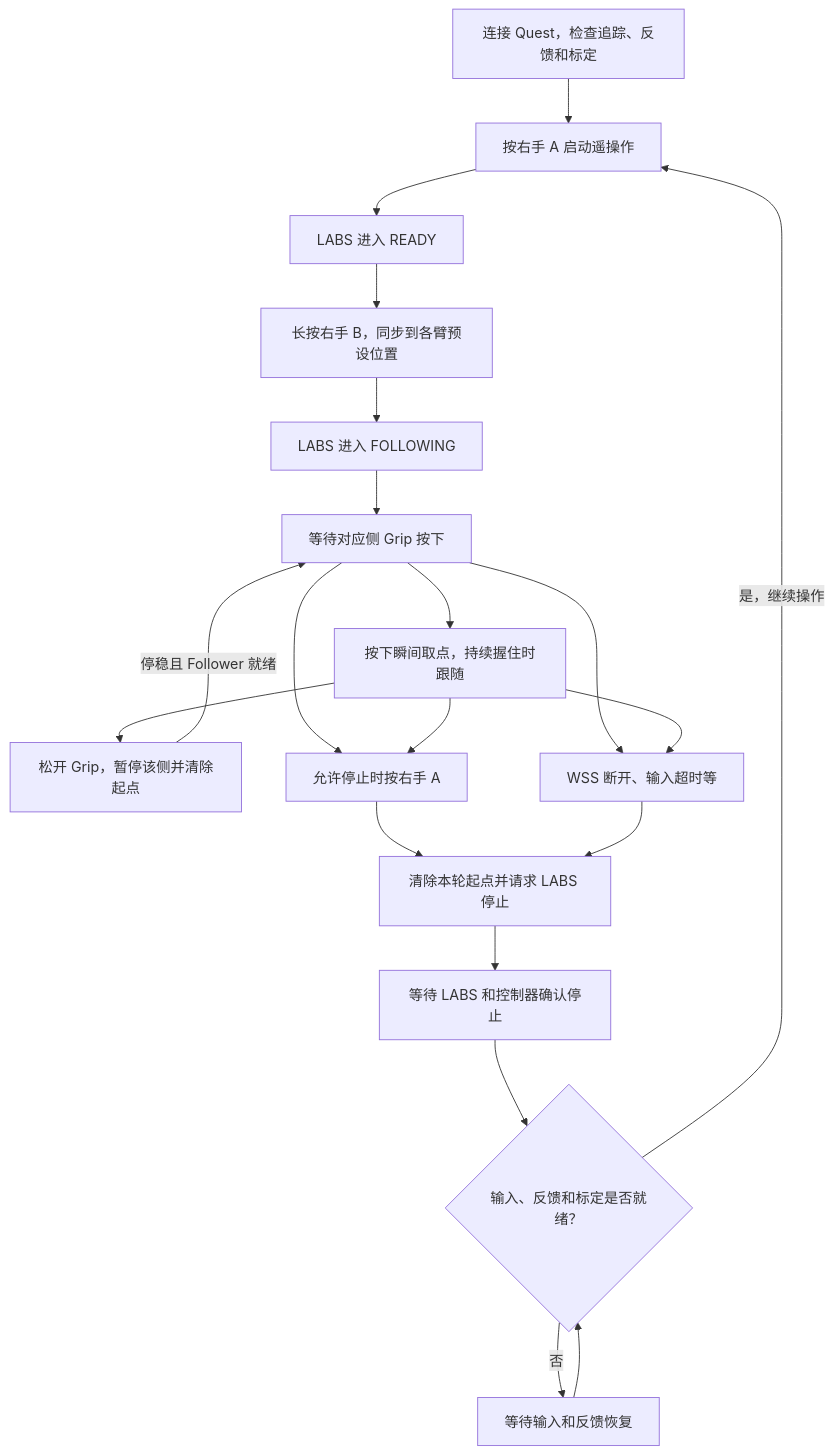
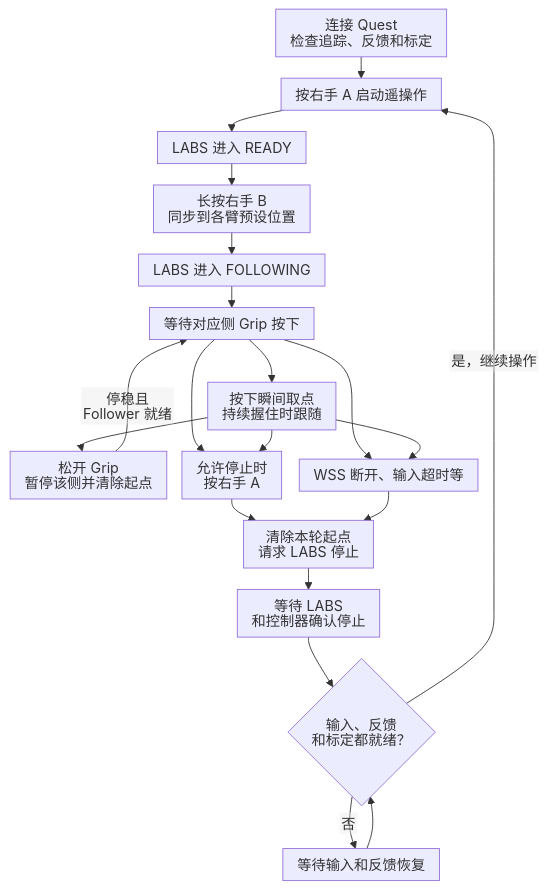
Before and after one commit to YYxzz8866/Quest-Proposal: the second of 2 diagrams in 1、整体架构及开发范围.md, drawn with Mermaid. The commit also changed other lines of this file and 9 other files, not shown here.

````diff
--- a/1、整体架构及开发范围.md
+++ b/1、整体架构及开发范围.md
@@ -99,28 +100,29 @@
 ```mermaid
+%%{init: {"htmlLabels": false, "flowchart": {"htmlLabels": false, "useMaxWidth": true, "nodeSpacing": 16, "rankSpacing": 24, "padding": 8}}}%%
 flowchart TD
-    Connect["连接 Quest，检查追踪、反馈和标定"]
+    Connect["连接 Quest<br/>检查追踪、反馈和标定"]
     Start["按右手 A 启动遥操作"]
     Ready["LABS 进入 READY"]
-    Sync["长按右手 B，同步到各臂预设位置"]
+    Sync["长按右手 B<br/>同步到各臂预设位置"]
     Following["LABS 进入 FOLLOWING"]
     Grip["等待对应侧 Grip 按下"]
-    Track["按下瞬间取点，持续握住时跟随"]
-    Pause["松开 Grip，暂停该侧并清除起点"]
-    Block["清除本轮起点并请求 LABS 停止"]
+    Track["按下瞬间取点<br/>持续握住时跟随"]
+    Pause["松开 Grip<br/>暂停该侧并清除起点"]
+    Block["清除本轮起点<br/>请求 LABS 停止"]
     Fault["WSS 断开、输入超时等"]
     Wait["等待 LABS 和控制器确认停止"]
-    CanResume{"输入、反馈和标定是否就绪？"}
+    CanResume{"输入、反馈<br/>和标定都就绪？"}
     Restart["等待输入和反馈恢复"]
-    Stop["允许停止时按右手 A"]
+    Stop["允许停止时<br/>按右手 A"]
 
     Connect --> Start --> Ready --> Sync --> Following --> Grip --> Track
-    Track --> Pause -->|停稳且 Follower 就绪| Grip
+    Track --> Pause -->|"停稳且<br/>Follower 就绪"| Grip
     Grip --> Stop
     Grip --> Fault
     Track --> Stop --> Block
     Track --> Fault --> Block
     Block --> Wait --> CanResume
     CanResume -->|是，继续操作| Start
     CanResume -->|否| Restart
     Restart --> CanResume
 ```
````
